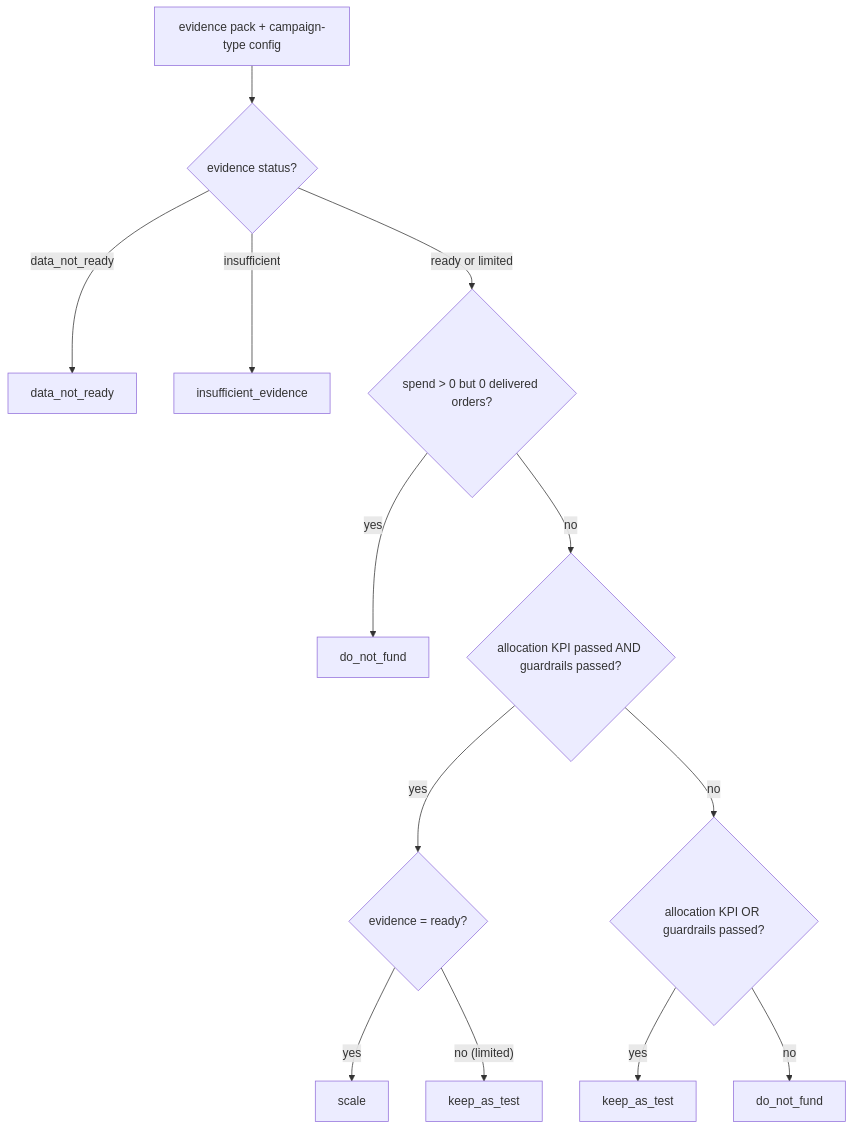
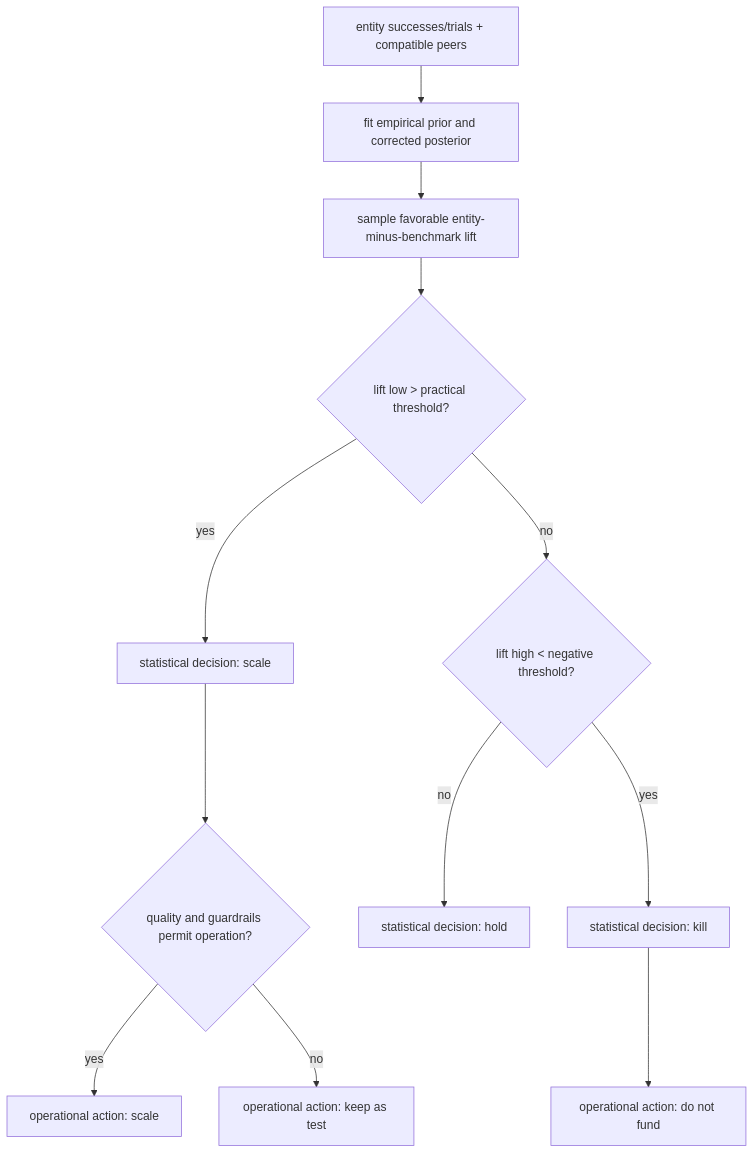
The third of 5 diagrams in src_2/docs/architecture.md (WaelMohsen/Team2-MarketingExpert), drawn with Mermaid before and after one commit. The commit also changed other lines of this file and 55 other files, not shown here.

````diff
--- a/src_2/docs/architecture.md
+++ b/src_2/docs/architecture.md
@@ -104,15 +109,14 @@
 ```mermaid
 flowchart TD
-    START["evidence pack + campaign-type config"] --> EV{"evidence status?"}
-    EV -->|data_not_ready| DNR["data_not_ready"]
-    EV -->|insufficient| INS["insufficient_evidence"]
-    EV -->|ready or limited| SP{"spend > 0 but 0 delivered orders?"}
-    SP -->|yes| DNF1["do_not_fund"]
-    SP -->|no| BOTH{"allocation KPI passed AND guardrails passed?"}
-    BOTH -->|yes| RDY{"evidence = ready?"}
-    RDY -->|yes| SCALE["scale"]
-    RDY -->|"no (limited)"| KEEP1["keep_as_test"]
-    BOTH -->|no| ONE{"allocation KPI OR guardrails passed?"}
-    ONE -->|yes| KEEP2["keep_as_test"]
-    ONE -->|no| DNF2["do_not_fund"]
+    START["entity successes/trials + compatible peers"] --> EB["fit empirical prior and corrected posterior"]
+    EB --> LIFT["sample favorable entity-minus-benchmark lift"]
+    LIFT --> LOW{"lift low > practical threshold?"}
+    LOW -->|yes| SCALE["statistical decision: scale"]
+    LOW -->|no| HIGH{"lift high < negative threshold?"}
+    HIGH -->|yes| KILL["statistical decision: kill"]
+    HIGH -->|no| HOLD["statistical decision: hold"]
+    SCALE --> GUARD{"quality and guardrails permit operation?"}
+    GUARD -->|yes| OPS["operational action: scale"]
+    GUARD -->|no| TEST["operational action: keep as test"]
+    KILL --> DNF["operational action: do not fund"]
 ```
````
